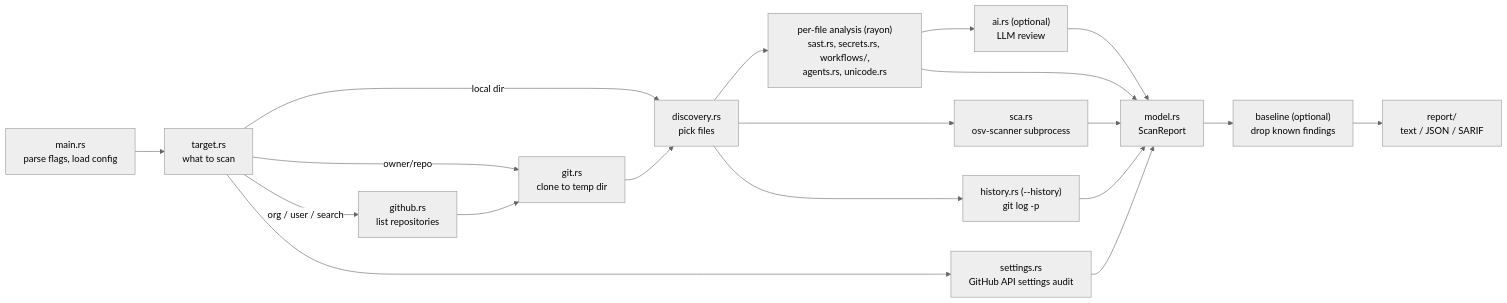
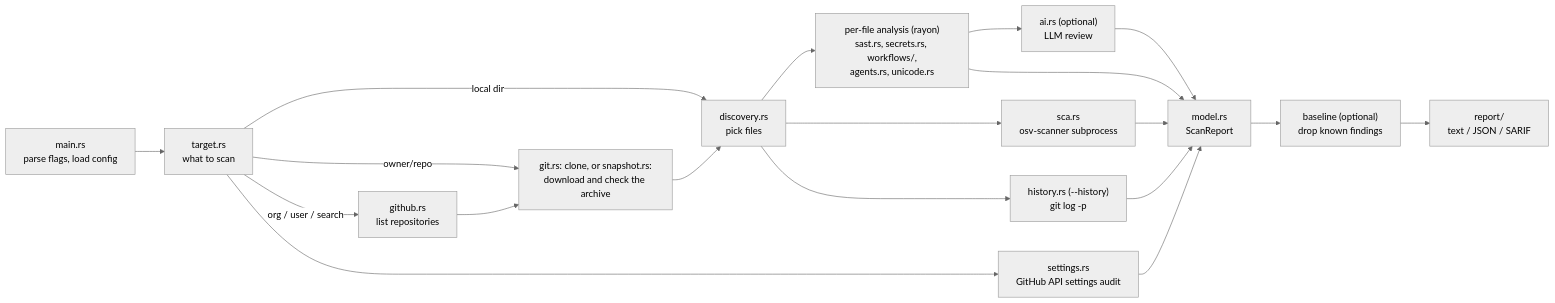
One commit to Divhanthelion/ghaudit changed the diagram in docs/ARCHITECTURE.md. Above: the diagram before and after it, drawn with Mermaid (neutral theme). The commit also changed other lines of this file and 2 other files, not shown here.

First line of the commit message:
Document scanning without git

````diff
--- a/docs/ARCHITECTURE.md
+++ b/docs/ARCHITECTURE.md
@@ -29,20 +29,20 @@
 ```mermaid
 flowchart LR
     CLI["main.rs<br/>parse flags, load config"] --> T["target.rs<br/>what to scan"]
     T -->|local dir| D
-    T -->|owner/repo| G["git.rs<br/>clone to temp dir"]
+    T -->|owner/repo| G["git.rs: clone, or snapshot.rs:<br/>download and check the archive"]
     T -->|org / user / search| API["github.rs<br/>list repositories"] --> G
     T --> SET["settings.rs<br/>GitHub API settings audit"]
     G --> D["discovery.rs<br/>pick files"]
     D --> L["per-file analysis (rayon)<br/>sast.rs, secrets.rs, workflows/,<br/>agents.rs, unicode.rs"]
     D --> S["sca.rs<br/>osv-scanner subprocess"]
     D --> H["history.rs (--history)<br/>git log -p"]
     L --> AI["ai.rs (optional)<br/>LLM review"]
     L --> R["model.rs<br/>ScanReport"]
     S --> R
     H --> R
     SET --> R
     AI --> R
     R --> B["baseline (optional)<br/>drop known findings"]
     B --> OUT["report/<br/>text / JSON / SARIF"]
 ```
````
